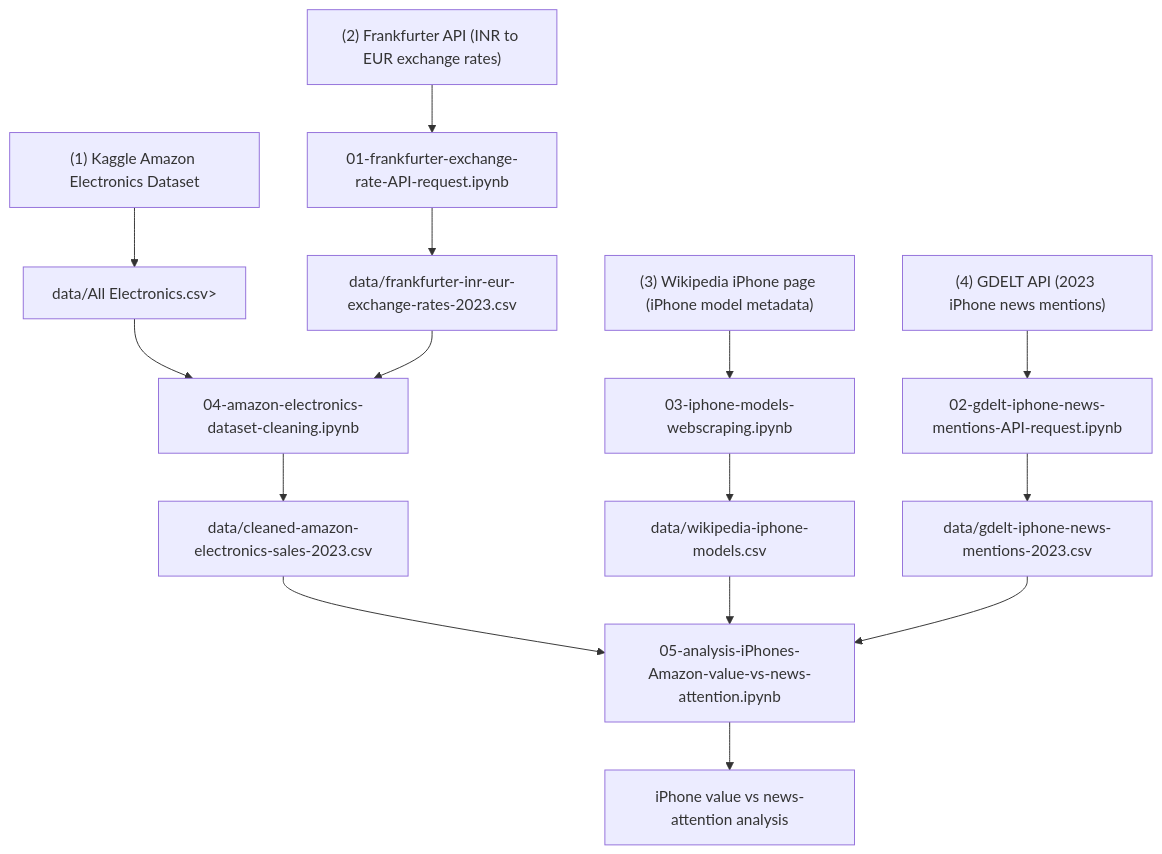
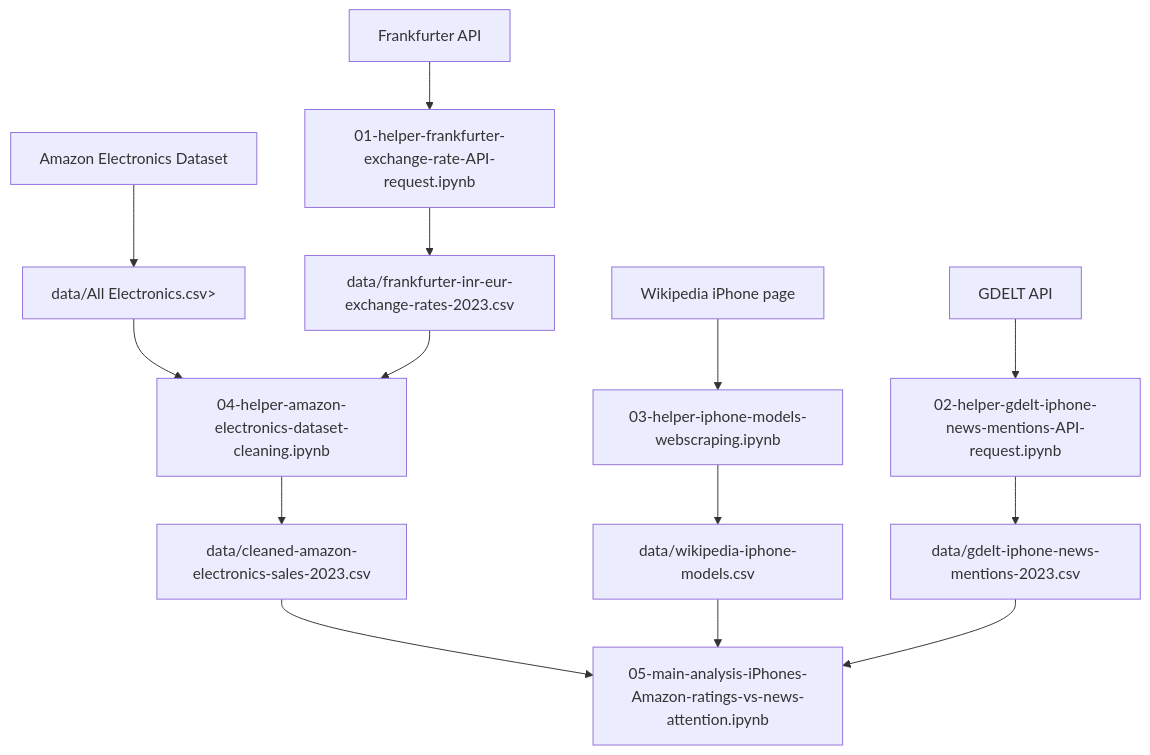
The diagram in README.md (cureboyxxx/BigDataEngineeringProject), drawn with Mermaid before and after one commit. The commit also changed other lines of this file and 1 other file, not shown here.

````diff
--- a/README.md
+++ b/README.md
@@ -57,30 +57,28 @@
 ```mermaid
 flowchart TD
-    frankfurter_api["(2) Frankfurter API (INR to EUR exchange rates)"]
-    gdelt_api["(4) GDELT API (2023 iPhone news mentions)"]
-    wikipedia_page["(3) Wikipedia iPhone page (iPhone model metadata)"]
-    kaggle["(1) Kaggle Amazon Electronics Dataset"]
+    frankfurter_api["Frankfurter API"]
+    gdelt_api["GDELT API"]
+    wikipedia_page["Wikipedia iPhone page"]
+    kaggle["Amazon Electronics Dataset"]
     amazon_raw["data/All Electronics.csv>"]
 
-    nb01["01-frankfurter-exchange-rate-API-request.ipynb"]
-    nb02["02-gdelt-iphone-news-mentions-API-request.ipynb"]
-    nb03["03-iphone-models-webscraping.ipynb"]
-    nb04["04-amazon-electronics-dataset-cleaning.ipynb"]
-    nb05["05-analysis-iPhones-Amazon-value-vs-news-attention.ipynb"]
+    nb01["01-helper-frankfurter-exchange-rate-API-request.ipynb"]
+    nb02["02-helper-gdelt-iphone-news-mentions-API-request.ipynb"]
+    nb03["03-helper-iphone-models-webscraping.ipynb"]
+    nb04["04-helper-amazon-electronics-dataset-cleaning.ipynb"]
+    nb05["05-main-analysis-iPhones-Amazon-ratings-vs-news-attention.ipynb"]
 
     exchange_csv["data/frankfurter-inr-eur-exchange-rates-2023.csv"]
     gdelt_csv["data/gdelt-iphone-news-mentions-2023.csv"]
     iphone_csv["data/wikipedia-iphone-models.csv"]
     cleaned_csv["data/cleaned-amazon-electronics-sales-2023.csv"]
-    result["iPhone value vs news-attention analysis"]
 
     frankfurter_api --> nb01 --> exchange_csv
     gdelt_api --> nb02 --> gdelt_csv
     wikipedia_page --> nb03 --> iphone_csv
     kaggle --> amazon_raw --> nb04
     exchange_csv --> nb04 --> cleaned_csv
     cleaned_csv --> nb05
     iphone_csv --> nb05
     gdelt_csv --> nb05
-    nb05 --> result
 ```
````
